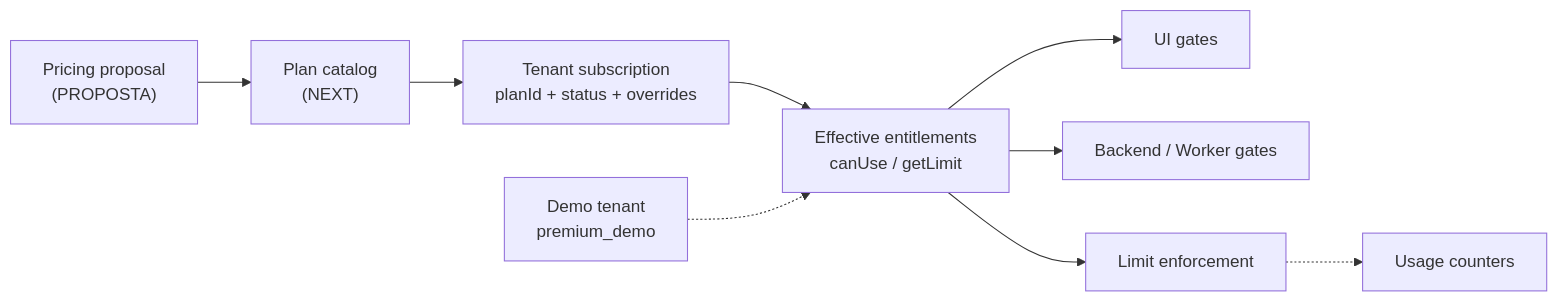
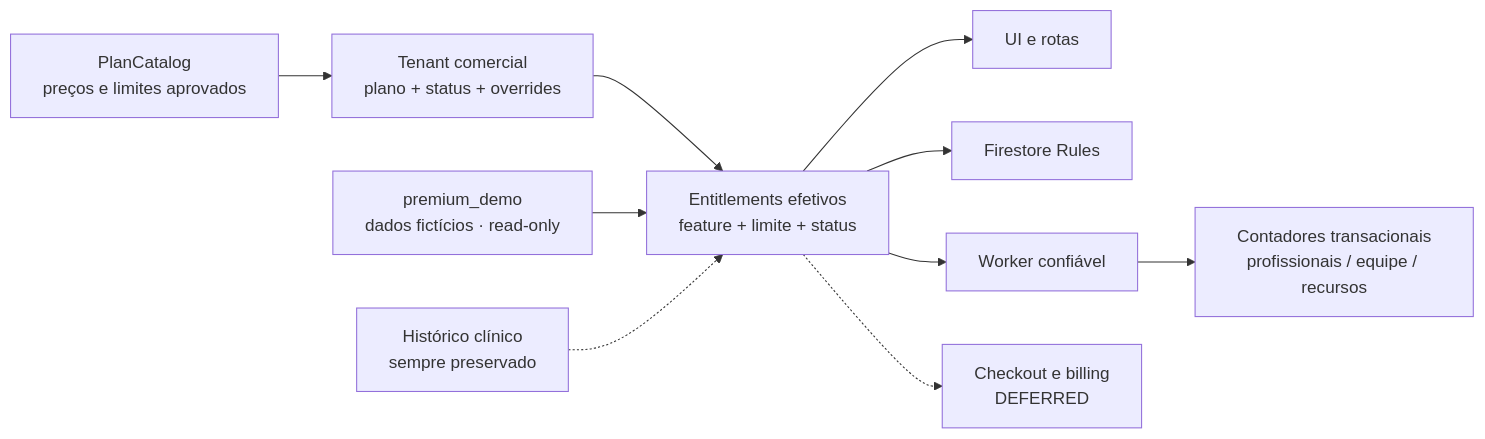
The diagram in docs/versions/v01-multitenant-whitelabel/diagrams/source/22-pricing-entitlements.mmd (CristianoRFB/Dentista), drawn with Mermaid before and after one commit. The commit also changed 37 other files, not shown here.

```diff
--- a/docs/versions/v01-multitenant-whitelabel/diagrams/source/22-pricing-entitlements.mmd
+++ b/docs/versions/v01-multitenant-whitelabel/diagrams/source/22-pricing-entitlements.mmd
@@ -1,10 +1,11 @@
-%% PROPOSTA/NEXT — entitlement runtime, limites e uso comercial não implementados; preços não alterados
+%% Plans & Entitlements Global Standard v01 — runtime implementado; billing automático deferred
 flowchart LR
-  P["Pricing proposal<br/>(PROPOSTA)"] --> C["Plan catalog<br/>(NEXT)"]
-  C --> S["Tenant subscription<br/>planId + status + overrides"]
-  S --> E["Effective entitlements<br/>canUse / getLimit"]
-  E --> UI["UI gates"]
-  E --> BE["Backend / Worker gates"]
-  E --> L["Limit enforcement"]
-  L -.-> U["Usage counters"]
-  D["Demo tenant<br/>premium_demo"] -.-> E
+  P["PlanCatalog<br/>preços e limites aprovados"] --> S["Tenant comercial<br/>plano + status + overrides"]
+  S --> E["Entitlements efetivos<br/>feature + limite + status"]
+  E --> UI["UI e rotas"]
+  E --> RULES["Firestore Rules"]
+  E --> W["Worker confiável"]
+  W --> C["Contadores transacionais<br/>profissionais / equipe / recursos"]
+  D["premium_demo<br/>dados fictícios · read-only"] --> E
+  R["Histórico clínico<br/>sempre preservado"] -.-> E
+  E -.-> B["Checkout e billing<br/>DEFERRED"]
```
